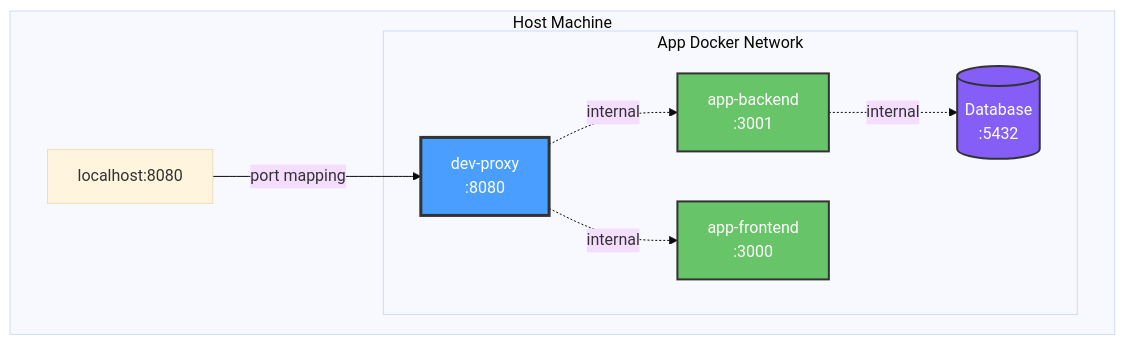
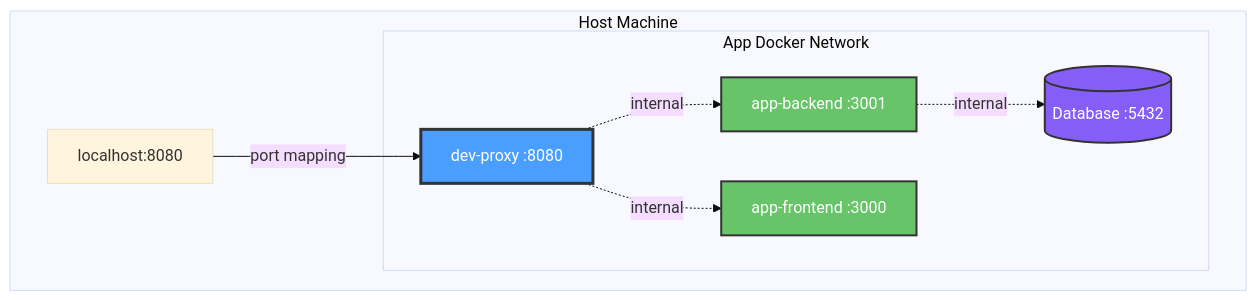
Before and after one commit to softwarewrighter/dev-proxy: the fifth of 9 diagrams in wiki/Architecture.md, drawn with Mermaid (base theme). The commit also changed other lines of this file and 6 other files, not shown here.

First line of the commit message:
Fix wiki Mermaid diagrams: remove <br/> tags

````diff
--- a/wiki/Architecture.md
+++ b/wiki/Architecture.md
@@ -173,24 +173,24 @@
 ```mermaid
 graph TB
     subgraph "Host Machine"
         HostPort[localhost:8080]
 
         subgraph "App Docker Network"
-            Proxy[dev-proxy<br/>:8080]
-            Backend[app-backend<br/>:3001]
-            Frontend[app-frontend<br/>:3000]
-            DB[(Database<br/>:5432)]
+            Proxy[dev-proxy :8080]
+            Backend[app-backend :3001]
+            Frontend[app-frontend :3000]
+            DB[(Database :5432)]
 
             Proxy -.->|internal| Backend
             Proxy -.->|internal| Frontend
             Backend -.->|internal| DB
         end
 
         HostPort -->|port mapping| Proxy
     end
 
     style Proxy fill:#4a9eff,stroke:#333,stroke-width:3px,color:#fff
     style Backend fill:#68c468,stroke:#333,stroke-width:2px,color:#fff
     style Frontend fill:#68c468,stroke:#333,stroke-width:2px,color:#fff
     style DB fill:#845ef7,stroke:#333,stroke-width:2px,color:#fff
 ```
````
